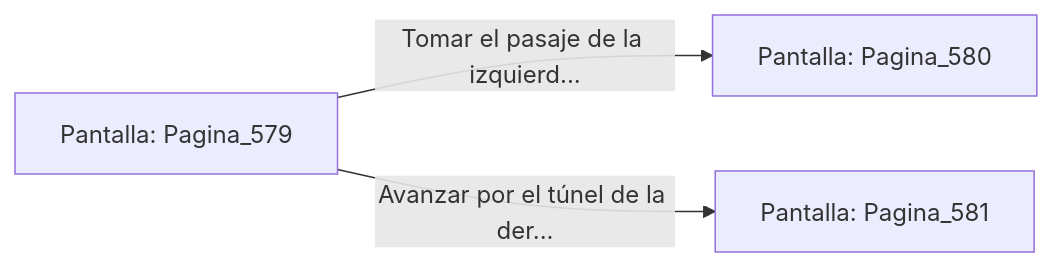
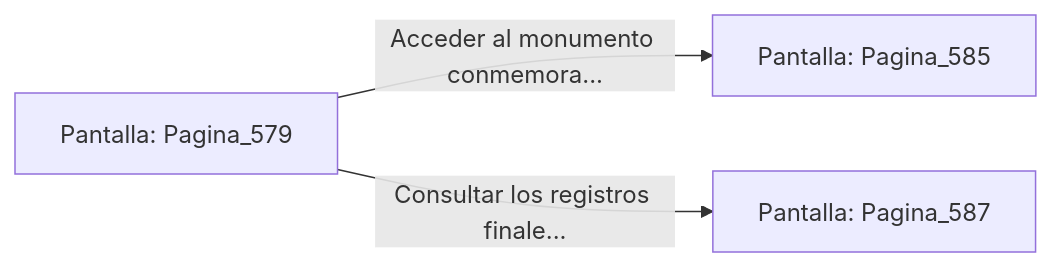
One commit to metsuke/mpl changed the diagram in sample/eligejuego-vault/Pantalla_Pagina_579.md. Above: the diagram before and after it, drawn with Mermaid. The commit also changed other lines of this file and 635 other files, not shown here.

First line of the commit message:
fix: añadir Pagina_1 como pantalla inicial en capitulo_01.mpl

````diff
--- a/sample/eligejuego-vault/Pantalla_Pagina_579.md
+++ b/sample/eligejuego-vault/Pantalla_Pagina_579.md
@@ -20,6 +24,6 @@
 ```mermaid
 graph LR
     P_Pagina_579["Pantalla: Pagina_579"]
-    P_Pagina_579 -->|"Tomar el pasaje de la izquierd..."| P_Pagina_580["Pantalla: Pagina_580"]
-    P_Pagina_579 -->|"Avanzar por el túnel de la der..."| P_Pagina_581["Pantalla: Pagina_581"]
+    P_Pagina_579 -->|"Acceder al monumento conmemora..."| P_Pagina_585["Pantalla: Pagina_585"]
+    P_Pagina_579 -->|"Consultar los registros finale..."| P_Pagina_587["Pantalla: Pagina_587"]
 ```
````
